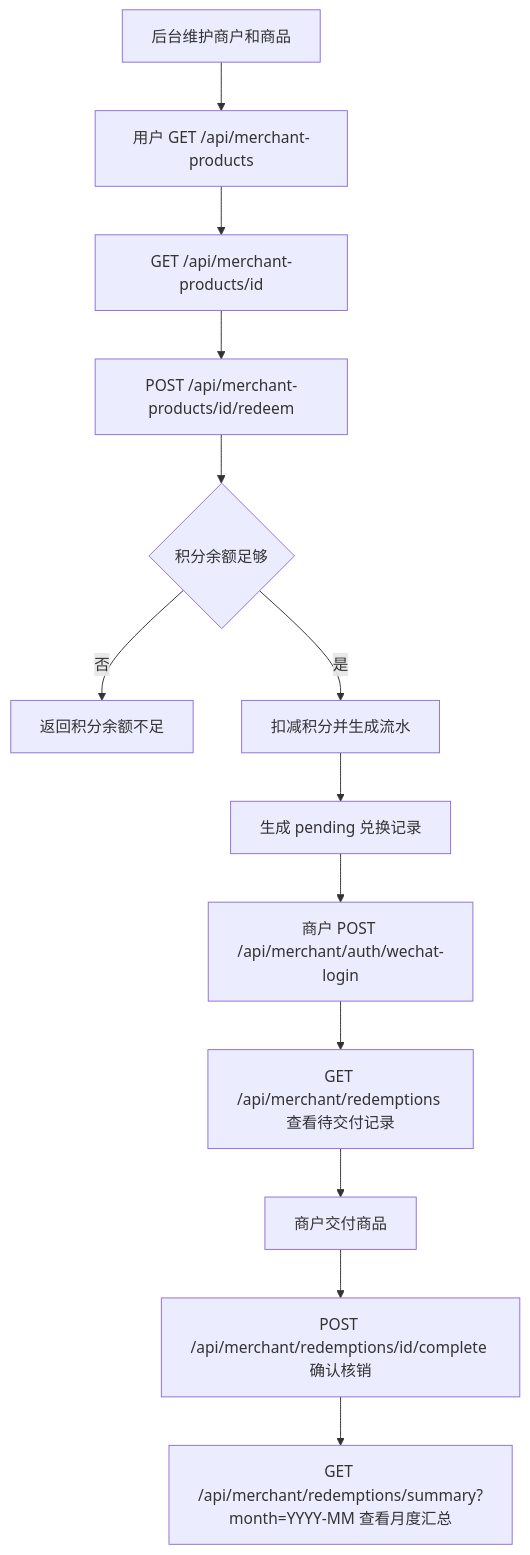
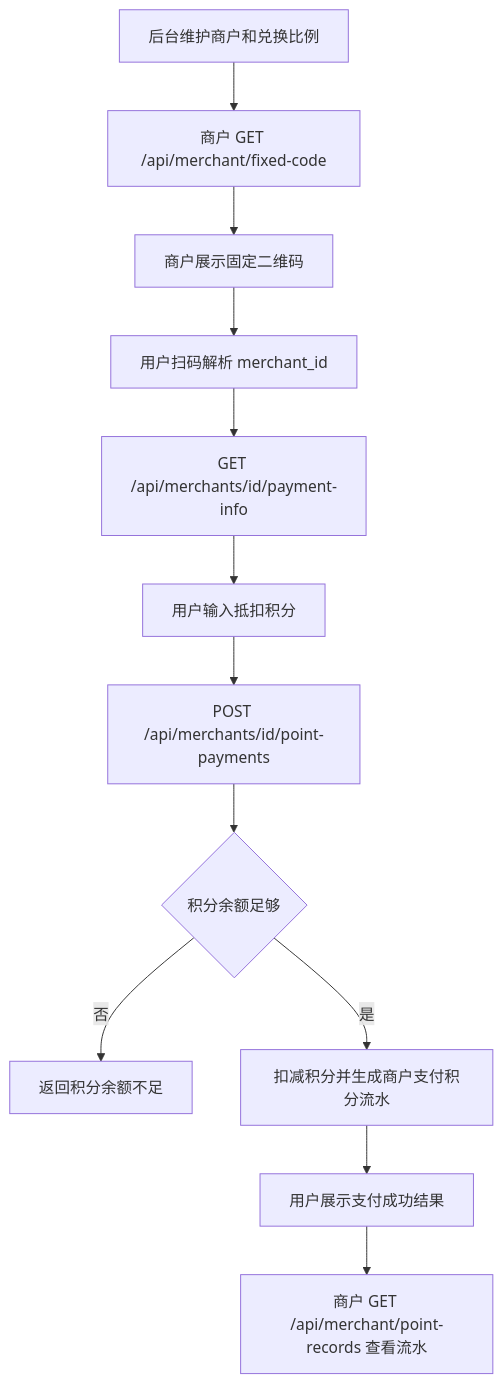
The sixth of 6 diagrams in docs/API接口文档.md (zzbazzzbaz/street-service-platform), drawn with Mermaid before and after one commit. The commit also changed other lines of this file and 2 other files, not shown here.

Commit message:
docs: update merchant point payment flow

````diff
--- a/docs/API接口文档.md
+++ b/docs/API接口文档.md
@@ -1302,15 +1127,14 @@
 ```mermaid
 flowchart TD
-    A[后台维护商户和商品] --> B[用户 GET /api/merchant-products]
-    B --> C[GET /api/merchant-products/id]
-    C --> D[POST /api/merchant-products/id/redeem]
-    D --> E{积分余额足够}
-    E -->|否| F[返回积分余额不足]
-    E -->|是| G[扣减积分并生成流水]
-    G --> H[生成 pending 兑换记录]
-    H --> I[商户 POST /api/merchant/auth/wechat-login]
-    I --> J[GET /api/merchant/redemptions 查看待交付记录]
-    J --> K[商户交付商品]
-    K --> L[POST /api/merchant/redemptions/id/complete 确认核销]
-    L --> M[GET /api/merchant/redemptions/summary?month=YYYY-MM 查看月度汇总]
+    A[后台维护商户和兑换比例] --> B[商户 GET /api/merchant/fixed-code]
+    B --> C[商户展示固定二维码]
+    C --> D[用户扫码解析 merchant_id]
+    D --> E[GET /api/merchants/id/payment-info]
+    E --> F[用户输入抵扣积分]
+    F --> G[POST /api/merchants/id/point-payments]
+    G --> H{积分余额足够}
+    H -->|否| I[返回积分余额不足]
+    H -->|是| J[扣减积分并生成商户支付积分流水]
+    J --> K[用户展示支付成功结果]
+    K --> L[商户 GET /api/merchant/point-records 查看流水]
 ```
````
